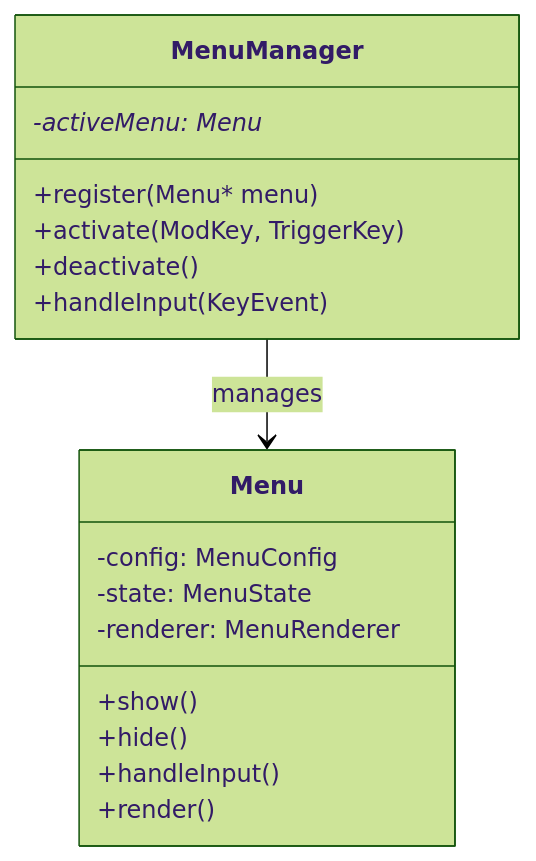
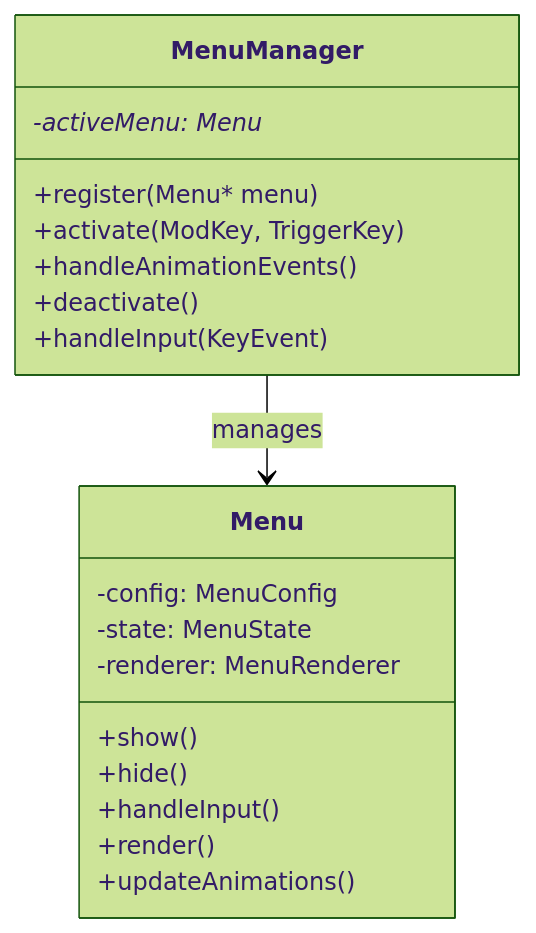
Before and after one commit to fkr-0/relmod_c: the first of 2 diagrams in ARCHITECTURE.md, drawn with Mermaid (forest theme). The commit also changed other lines of this file and 3 other files, not shown here.

````diff
--- a/ARCHITECTURE.md
+++ b/ARCHITECTURE.md
@@ -11,22 +11,24 @@
 ```mermaid
 classDiagram
     class MenuManager {
         -activeMenu: Menu*
         +register(Menu* menu)
         +activate(ModKey, TriggerKey)
+        +handleAnimationEvents()
         +deactivate()
         +handleInput(KeyEvent)
     }
 
     class Menu {
         -config: MenuConfig
         -state: MenuState
         -renderer: MenuRenderer
         +show()
         +hide()
         +handleInput()
         +render()
+        +updateAnimations()
     }
 
     MenuManager --> Menu: manages
 ```
````
